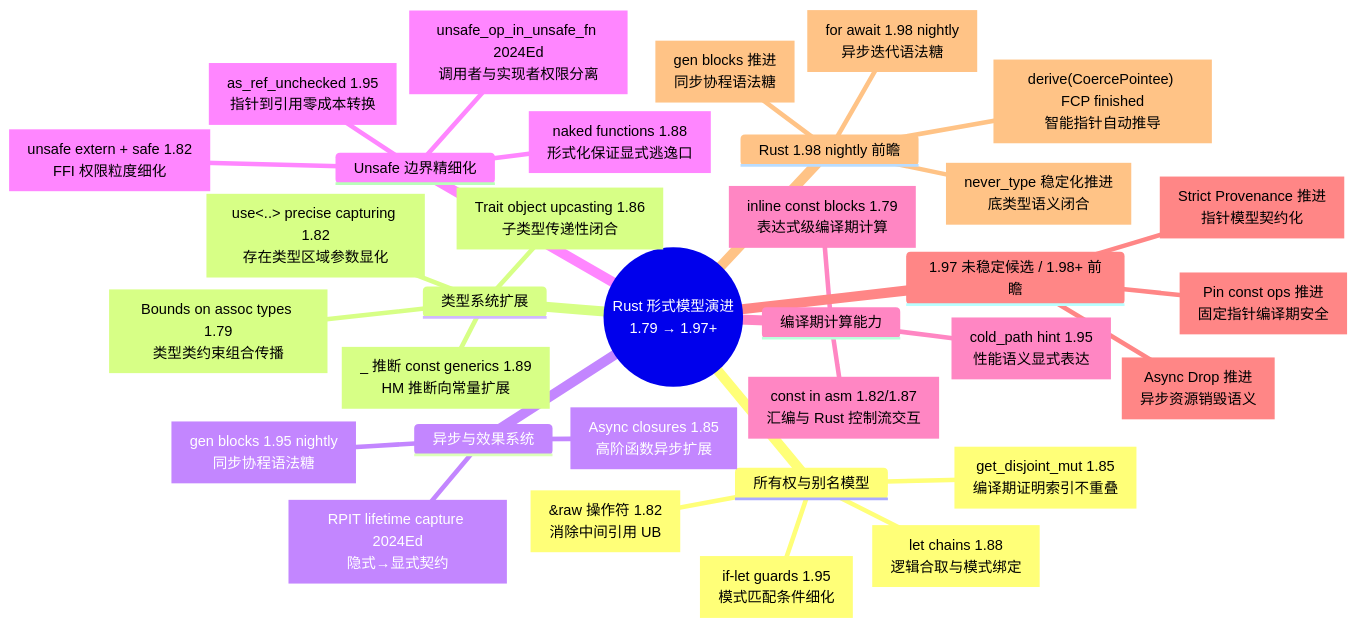
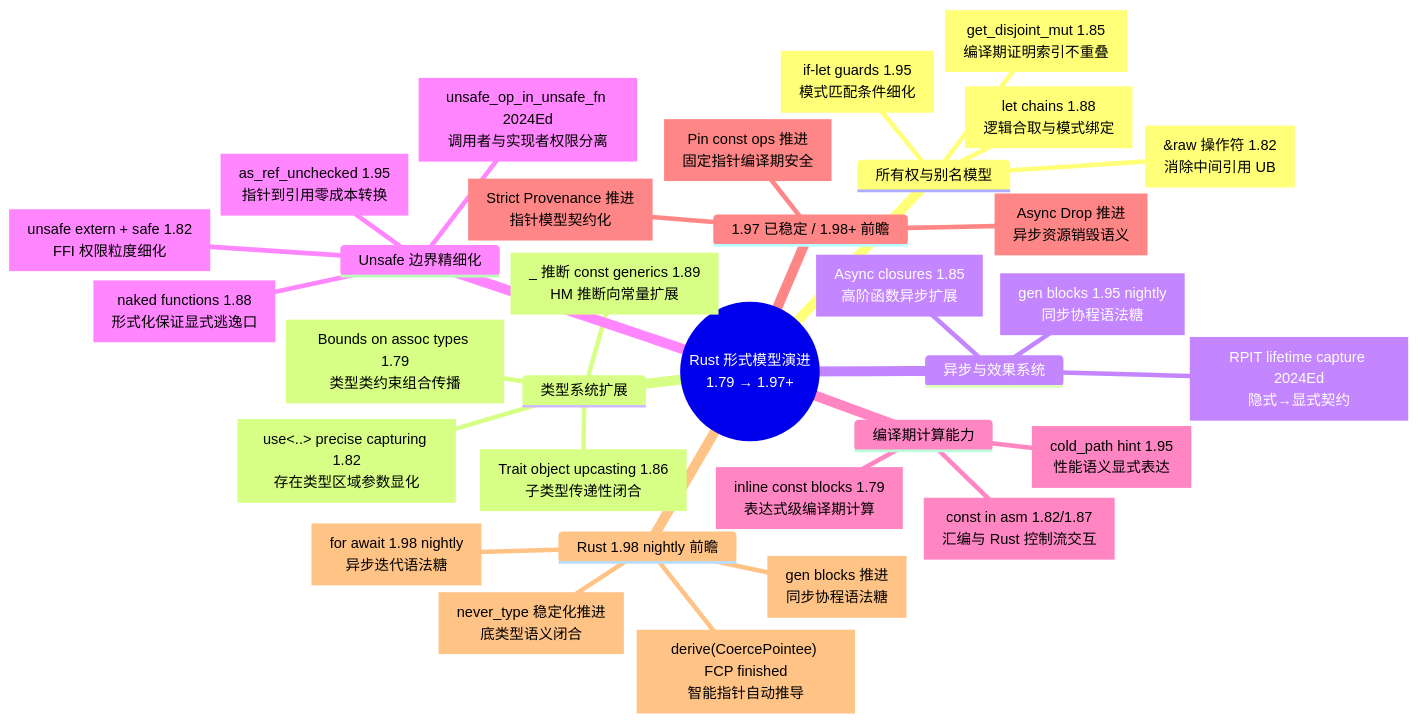
The first of 3 diagrams in concept/07_future/00_version_tracking/05_rust_version_tracking.md (martin-ly/rust-lang), drawn with Mermaid before and after one commit. The commit also changed other lines of this file and 277 other files, not shown here.

````diff
--- a/concept/07_future/00_version_tracking/05_rust_version_tracking.md
+++ b/concept/07_future/00_version_tracking/05_rust_version_tracking.md
@@ -48,36 +48,36 @@
 ```mermaid
 mindmap
   root((Rust 形式模型演进<br/>1.79 → 1.97+))
     所有权与别名模型
       raw_op[&raw 操作符 1.82<br/>消除中间引用 UB]
       if_let_guards[if-let guards 1.95<br/>模式匹配条件细化]
       let_chains[let chains 1.88<br/>逻辑合取与模式绑定]
       get_disjoint[get_disjoint_mut 1.85<br/>编译期证明索引不重叠]
     类型系统扩展
       precise_capturing[use&lt;..&gt; precise capturing 1.82<br/>存在类型区域参数显化]
       trait_upcasting[Trait object upcasting 1.86<br/>子类型传递性闭合]
       infer_const[_ 推断 const generics 1.89<br/>HM 推断向常量扩展]
       assoc_bounds[Bounds on assoc types 1.79<br/>类型类约束组合传播]
     异步与效果系统
       async_closures[Async closures 1.85<br/>高阶函数异步扩展]
       rpit_capture[RPIT lifetime capture 2024Ed<br/>隐式→显式契约]
       gen_blocks[gen blocks 1.95 nightly<br/>同步协程语法糖]
     Unsafe 边界精细化
       unsafe_extern[unsafe extern + safe 1.82<br/>FFI 权限粒度细化]
       naked[naked functions 1.88<br/>形式化保证显式逃逸口]
       unsafe_op[unsafe_op_in_unsafe_fn 2024Ed<br/>调用者与实现者权限分离]
       as_ref_unchecked[as_ref_unchecked 1.95<br/>指针到引用零成本转换]
     编译期计算能力
       inline_const[inline const blocks 1.79<br/>表达式级编译期计算]
       const_asm[const in asm 1.82/1.87<br/>汇编与 Rust 控制流交互]
       cold_path[cold_path hint 1.95<br/>性能语义显式表达]
-    1.97 未稳定候选 / 1.98+ 前瞻
+    1.97 已稳定 / 1.98+ 前瞻
       async_drop[Async Drop 推进<br/>异步资源销毁语义]
       strict_provenance[Strict Provenance 推进<br/>指针模型契约化]
       pin_const[Pin const ops 推进<br/>固定指针编译期安全]
     Rust 1.98 nightly 前瞻
       gen_blocks_stable[gen blocks 推进<br/>同步协程语法糖]
       async_for_loop[for await 1.98 nightly<br/>异步迭代语法糖]
       coerce_pointee["derive(CoercePointee) FCP finished<br/>智能指针自动推导"]
       never_type_stable[never_type 稳定化推进<br/>底类型语义闭合]
 ```
````
